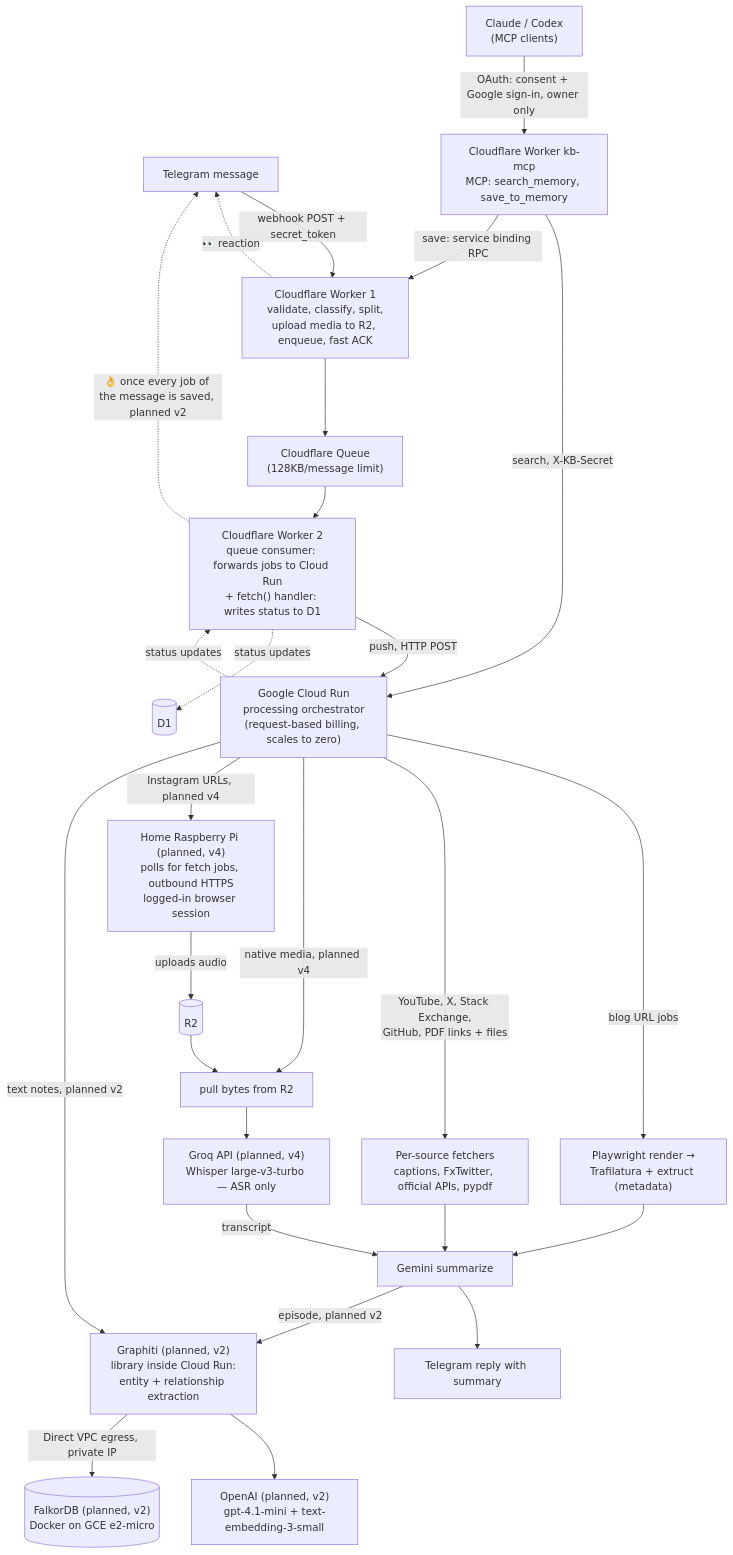
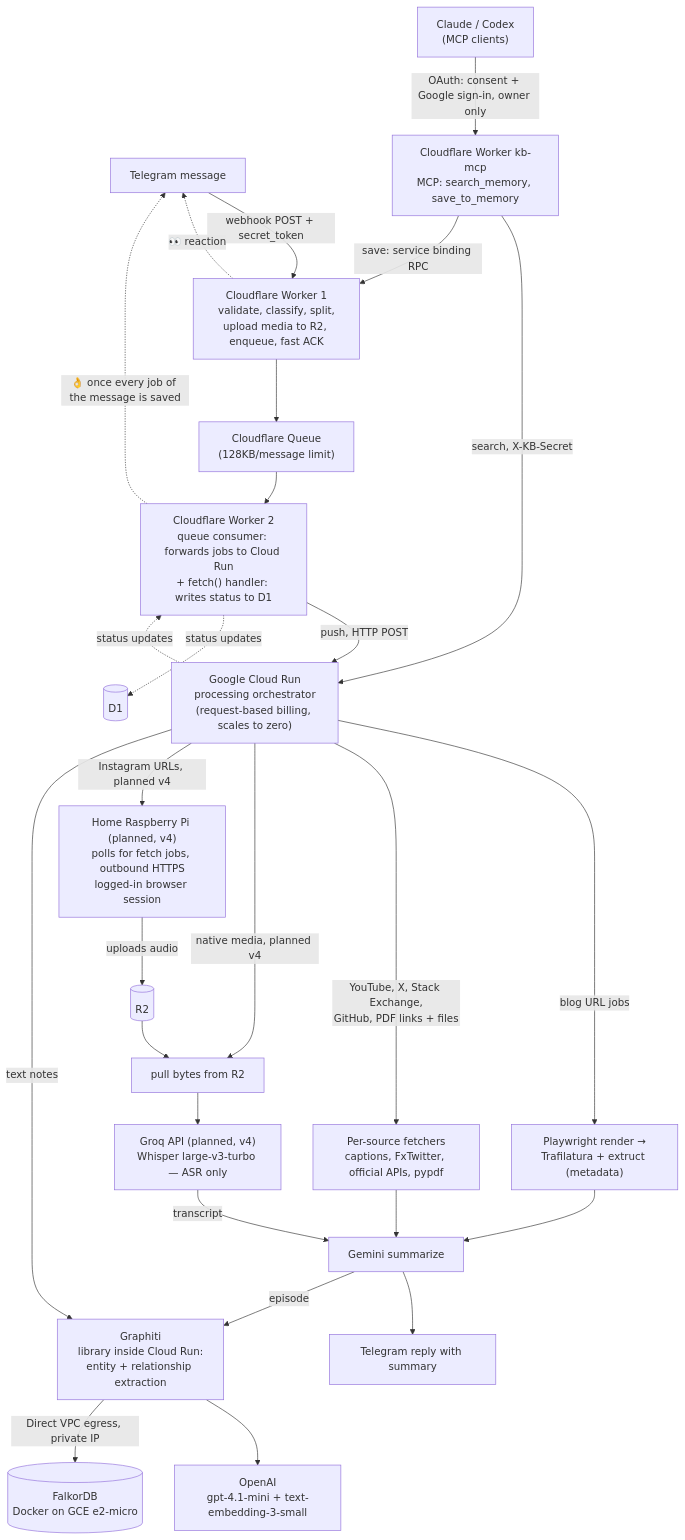
The diagram in docs/architecture.mmd (aayush7511/telegram-knowledge-base), drawn with Mermaid before and after one commit. The commit also changed 2 other files, not shown here.

Commit message:
docs(readme): rewrite for presentation; diagram shows the live graph
The README described an early plan (Groq summaries, graph on the Pi, Cloud
Run as a stub) and linked the deleted convo_summary.md. Now: what it does,
highlights, architecture, sources handled, evals and findings, stack, local
run, and roadmap. The diagram dropped its stale "planned, v2" labels.

```diff
--- a/docs/architecture.mmd
+++ b/docs/architecture.mmd
@@ -1,32 +1,32 @@
 flowchart TD
     TG[Telegram message] -->|webhook POST + secret_token| W1["Cloudflare Worker 1<br/>validate, classify, split,<br/>upload media to R2, enqueue, fast ACK"]
     W1 -.->|👀 reaction| TG
     W1 --> Q["Cloudflare Queue<br/>(128KB/message limit)"]
     Q --> W2["Cloudflare Worker 2<br/>queue consumer: forwards jobs to Cloud Run<br/>+ fetch() handler: writes status to D1"]
     W2 -->|push, HTTP POST| CR["Google Cloud Run<br/>processing orchestrator<br/>(request-based billing, scales to zero)"]
 
     CR -->|blog URL jobs| BLOG["Playwright render →<br/>Trafilatura + extruct (metadata)"]
     BLOG --> SUM["Gemini summarize"]
     CR -->|YouTube, X, Stack Exchange,<br/>GitHub, PDF links + files| SRC["Per-source fetchers<br/>captions, FxTwitter, official APIs, pypdf"]
     SRC --> SUM
     SUM --> REPLY[Telegram reply with summary]
 
     CR -->|native media, planned v4| MEDIA["pull bytes from R2"]
     CR -->|Instagram URLs, planned v4| PI["Home Raspberry Pi (planned, v4)<br/>polls for fetch jobs, outbound HTTPS<br/>logged-in browser session"]
     PI -->|uploads audio| R2[(R2)]
     R2 --> MEDIA
     MEDIA --> GROQ["Groq API (planned, v4)<br/>Whisper large-v3-turbo — ASR only"]
     GROQ -->|transcript| SUM
 
-    SUM -->|episode, planned v2| GRAPHITI["Graphiti (planned, v2)<br/>library inside Cloud Run:<br/>entity + relationship extraction"]
-    CR -->|text notes, planned v2| GRAPHITI
-    GRAPHITI --> GLLM["OpenAI (planned, v2)<br/>gpt-4.1-mini + text-embedding-3-small"]
-    GRAPHITI -->|Direct VPC egress, private IP| KG[("FalkorDB (planned, v2)<br/>Docker on GCE e2-micro")]
+    SUM -->|episode| GRAPHITI["Graphiti<br/>library inside Cloud Run:<br/>entity + relationship extraction"]
+    CR -->|text notes| GRAPHITI
+    GRAPHITI --> GLLM["OpenAI<br/>gpt-4.1-mini + text-embedding-3-small"]
+    GRAPHITI -->|Direct VPC egress, private IP| KG[("FalkorDB<br/>Docker on GCE e2-micro")]
 
     MC["Claude / Codex<br/>(MCP clients)"] -->|OAuth: consent + Google sign-in, owner only| MCPW["Cloudflare Worker kb-mcp<br/>MCP: search_memory, save_to_memory"]
     MCPW -->|search, X-KB-Secret| CR
     MCPW -->|save: service binding RPC| W1
 
     CR -.->|status updates| W2
     W2 -.->|status updates| D1[(D1)]
-    W2 -.->|👌 once every job of the message is saved, planned v2| TG
+    W2 -.->|👌 once every job of the message is saved| TG
```
